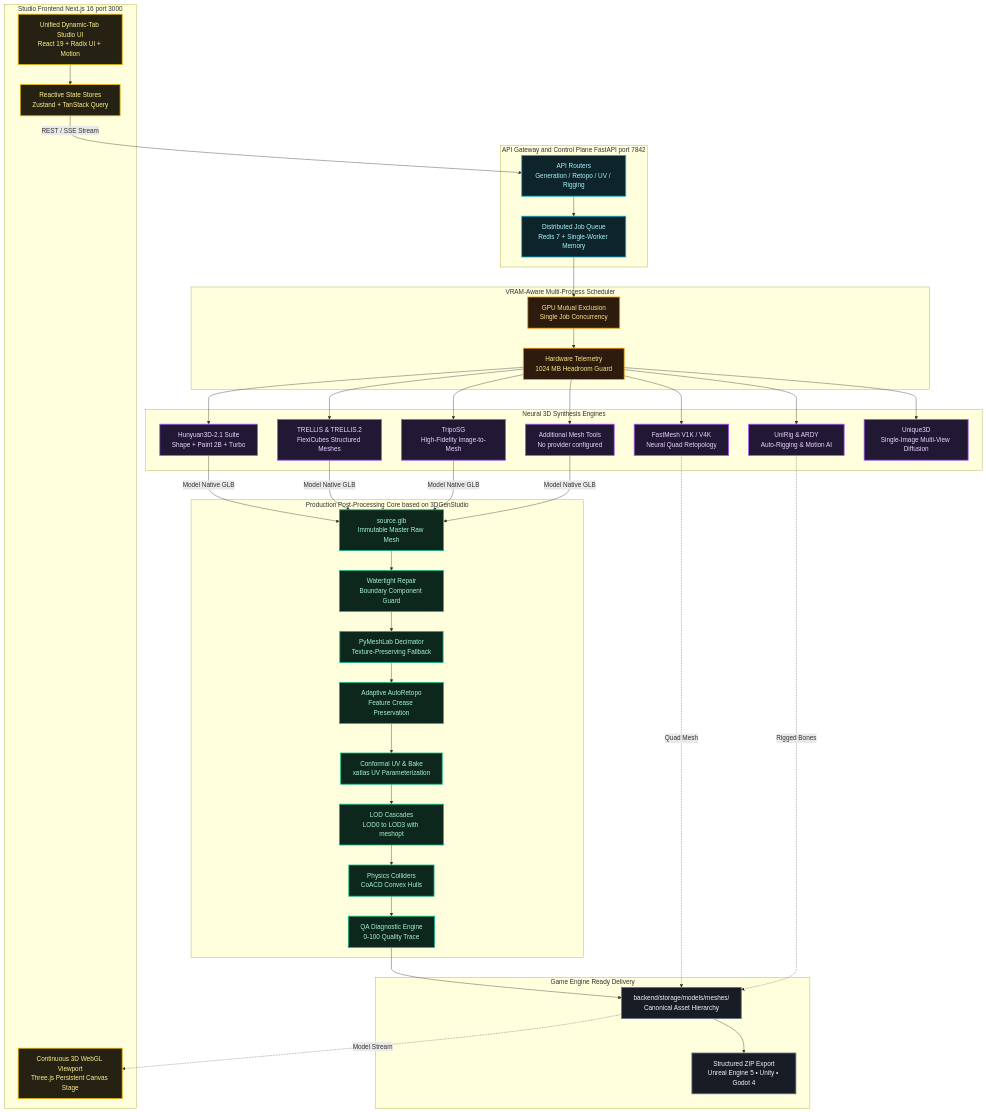
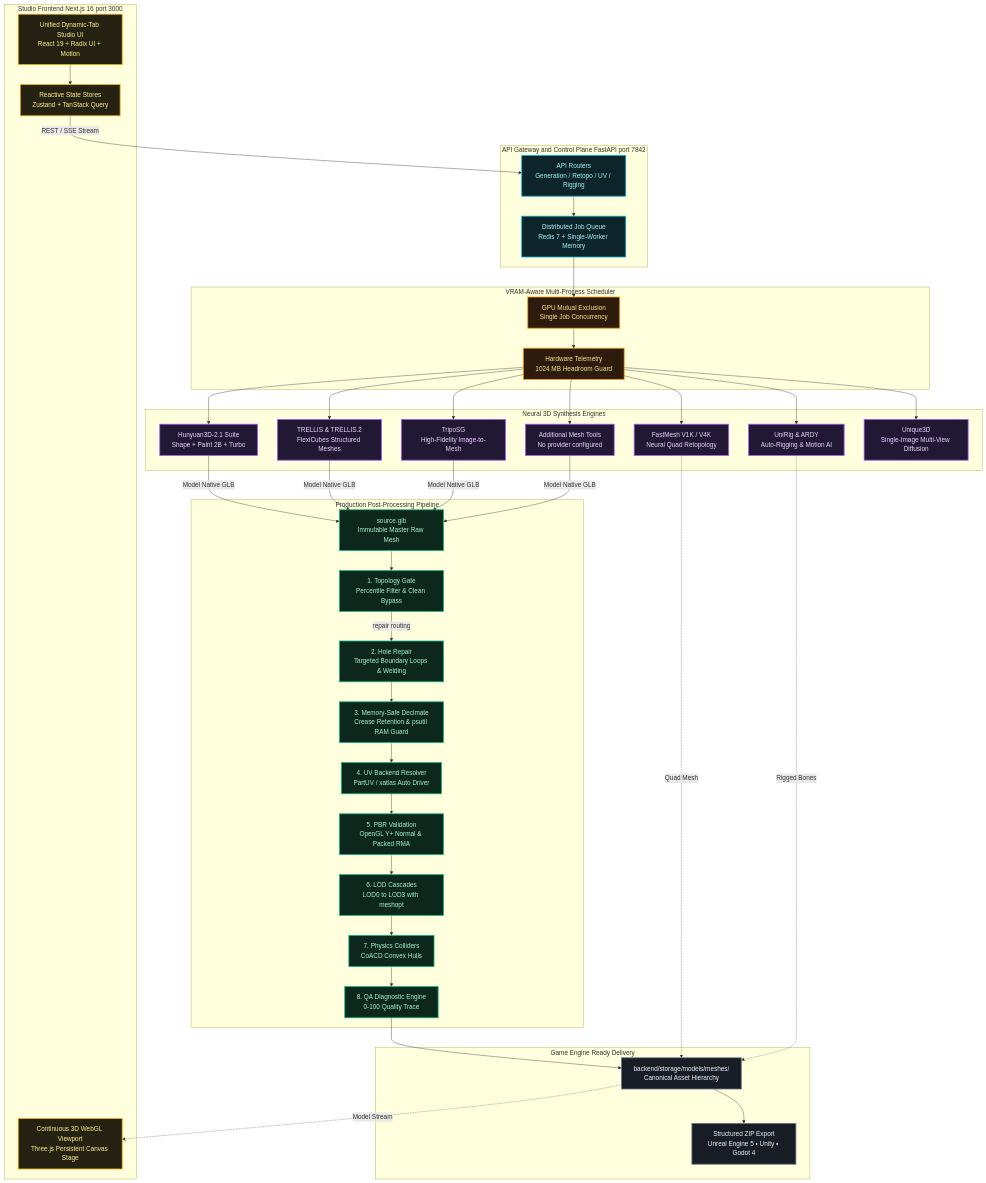
The diagram in README.md (Silentzx2/ForMash3D), drawn with Mermaid before and after one commit. The commit also changed 8 other files, not shown here.

```diff
--- a/README.md
+++ b/README.md
@@ -149,15 +149,16 @@
         UNIQUE3D["Unique3D<br/>Single-Image Multi-View Diffusion"]:::purple
     end
 
-    subgraph PostProcess [Production Post-Processing Core based on 3DGenStudio]
+    subgraph PostProcess [Production Post-Processing Pipeline]
         CHECKPOINT["source.glb<br/>Immutable Master Raw Mesh"]:::green
-        REPAIR["Watertight Repair<br/>Boundary Component Guard"]:::green
-        SIMPLIFY["PyMeshLab Decimator<br/>Texture-Preserving Fallback"]:::green
-        AUTORETOPO["Adaptive AutoRetopo<br/>Feature Crease Preservation"]:::green
-        BAKE["Conformal UV & Bake<br/>xatlas UV Parameterization"]:::green
-        LOD["LOD Cascades<br/>LOD0 to LOD3 with meshopt"]:::green
-        PHYSICS["Physics Colliders<br/>CoACD Convex Hulls"]:::green
-        QA["QA Diagnostic Engine<br/>0-100 Quality Trace"]:::green
+        GATE["1. Topology Gate<br/>Percentile Filter & Clean Bypass"]:::green
+        HOLE_REPAIR["2. Hole Repair<br/>Targeted Boundary Loops & Welding"]:::green
+        DECIMATE["3. Memory-Safe Decimate<br/>Crease Retention & psutil RAM Guard"]:::green
+        UV_RESOLVE["4. UV Backend Resolver<br/>PartUV / xatlas Auto Driver"]:::green
+        PBR_VAL["5. PBR Validation<br/>OpenGL Y+ Normal & Packed RMA"]:::green
+        LOD["6. LOD Cascades<br/>LOD0 to LOD3 with meshopt"]:::green
+        PHYSICS["7. Physics Colliders<br/>CoACD Convex Hulls"]:::green
+        QA["8. QA Diagnostic Engine<br/>0-100 Quality Trace"]:::green
     end
 
     subgraph Delivery [Game Engine Ready Delivery]
@@ -184,11 +185,12 @@
     TRIPO -->|Model Native GLB| CHECKPOINT
     EXTRAS -->|Model Native GLB| CHECKPOINT
 
-    CHECKPOINT --> REPAIR
-    REPAIR --> SIMPLIFY
-    SIMPLIFY --> AUTORETOPO
-    AUTORETOPO --> BAKE
-    BAKE --> LOD
+    CHECKPOINT --> GATE
+    GATE -->|repair routing| HOLE_REPAIR
+    HOLE_REPAIR --> DECIMATE
+    DECIMATE --> UV_RESOLVE
+    UV_RESOLVE --> PBR_VAL
+    PBR_VAL --> LOD
     LOD --> PHYSICS
     PHYSICS --> QA
 
```
